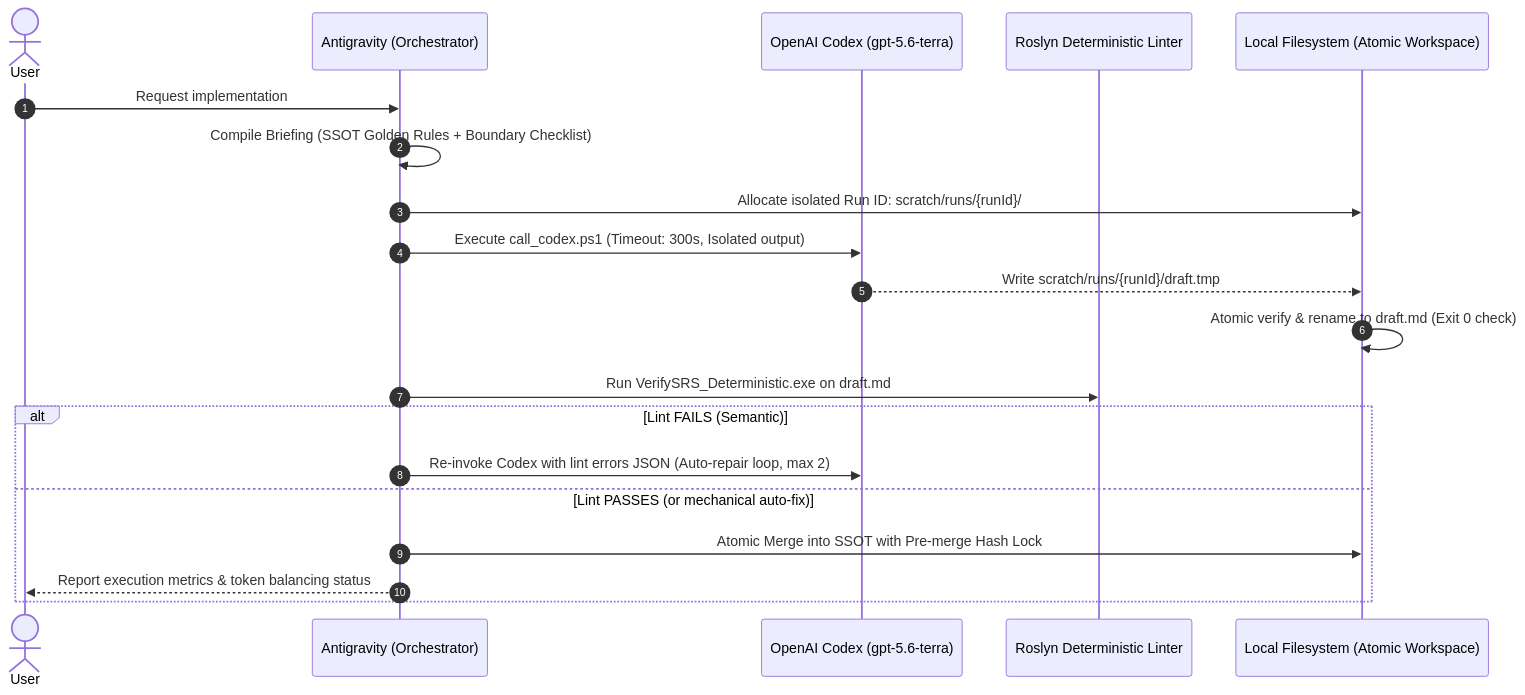
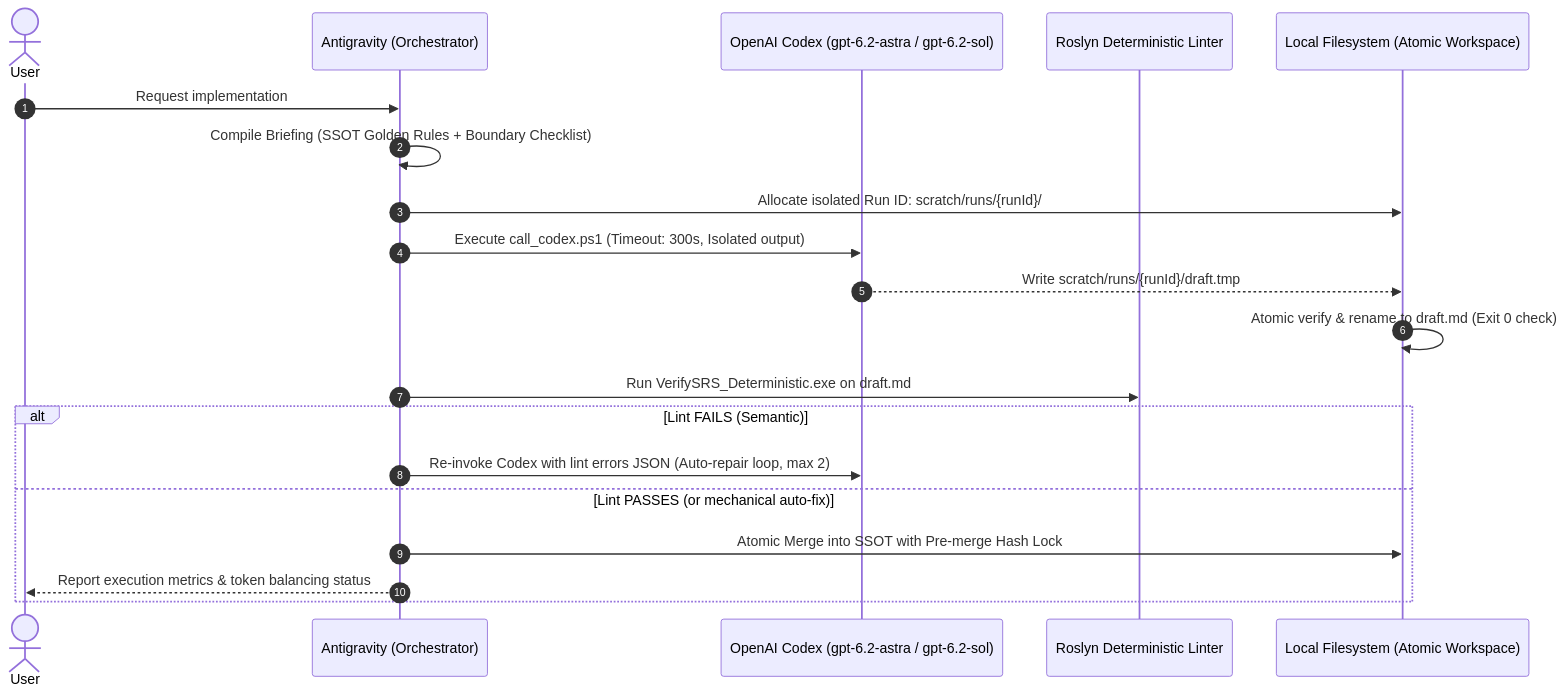
One commit to KBG183/Hybrid-srs-triad-auditor changed the diagram in docs/architecture_token_balancing_pipeline.md. Above: the diagram before and after it, drawn with Mermaid. The commit also changed other lines of this file and 10 other files, not shown here.

````diff
--- a/docs/architecture_token_balancing_pipeline.md
+++ b/docs/architecture_token_balancing_pipeline.md
@@ -15,23 +15,23 @@
 ```mermaid
 sequenceDiagram
     autonumber
     actor User as User
     participant AGY as Antigravity (Orchestrator)
-    participant CDX as OpenAI Codex (gpt-5.6-terra)
+    participant CDX as OpenAI Codex (gpt-6.2-astra / gpt-6.2-sol)
     participant LINT as Roslyn Deterministic Linter
     participant FS as Local Filesystem (Atomic Workspace)
 
     User->>AGY: Request implementation
     AGY->>AGY: Compile Briefing (SSOT Golden Rules + Boundary Checklist)
     AGY->>FS: Allocate isolated Run ID: scratch/runs/{runId}/
     AGY->>CDX: Execute call_codex.ps1 (Timeout: 300s, Isolated output)
     CDX-->>FS: Write scratch/runs/{runId}/draft.tmp
     FS->>FS: Atomic verify & rename to draft.md (Exit 0 check)
     AGY->>LINT: Run VerifySRS_Deterministic.exe on draft.md
     alt Lint FAILS (Semantic)
         AGY->>CDX: Re-invoke Codex with lint errors JSON (Auto-repair loop, max 2)
     else Lint PASSES (or mechanical auto-fix)
         AGY->>FS: Atomic Merge into SSOT with Pre-merge Hash Lock
         AGY-->>User: Report execution metrics & token balancing status
     end
 ```
````
